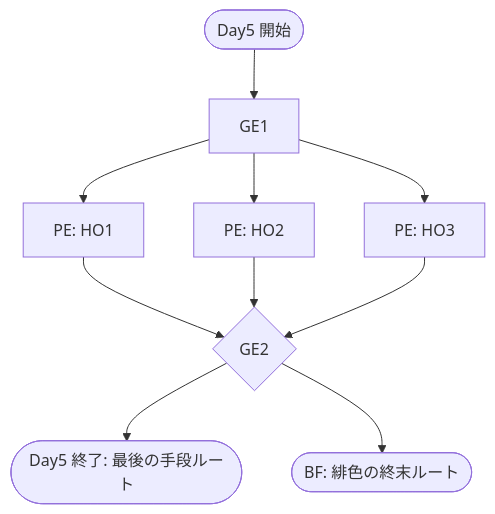
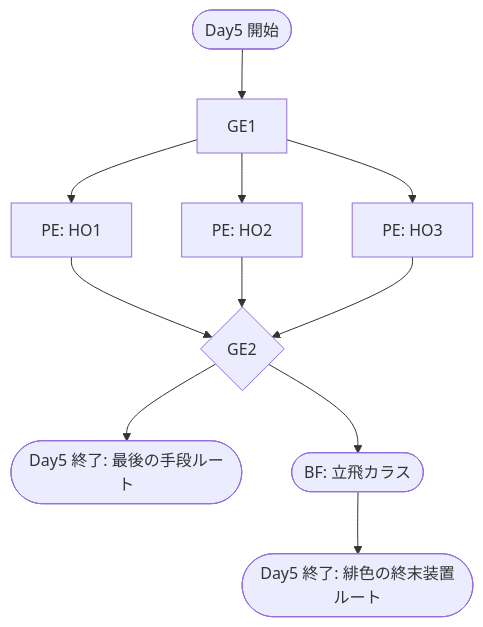
The fifth of 5 diagrams in specs/routing.md (KarasuTatehi/last-resort-disturbance), drawn with Mermaid before and after one commit. The commit also changed other lines of this file, not shown here.

Commit message:
specs/routing.md updated from https://stackedit.io/

````diff
--- a/specs/routing.md
+++ b/specs/routing.md
@@ -135,17 +135,20 @@
 ```mermaid
 flowchart TD
 D5S([Day5 開始])
 D5-GE1["GE1"]
 D5-PE-HO1["PE: HO1"]
 D5-PE-HO2["PE: HO2"]
 D5-PE-HO3["PE: HO3"]
 D5-GE2{"GE2"}
-D5E([Day5 終了: 最後の手段ルート])
-D5-BF(["BF: 緋色の終末ルート"])
+D5E-A([Day5 終了: 最後の手段ルート])
+D5-BF(["BF: 立飛カラス"])
+D5E-B([Day5 終了: 緋色の終末装置ルート])
 
 D5S -->
 D5-GE1 -->
 D5-PE-HO1 & D5-PE-HO2 & D5-PE-HO3 -->
 D5-GE2 -->
-D5E & D5-BF
+D5E-A & D5-BF
+D5-BF -->
+D5E-B
 ```
````
